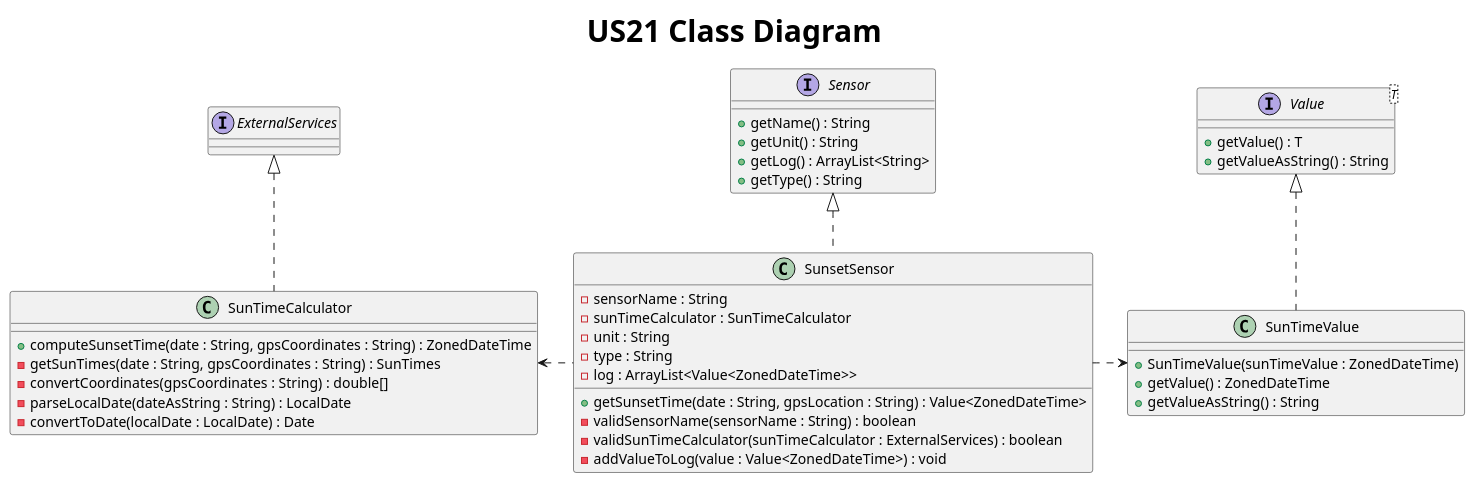
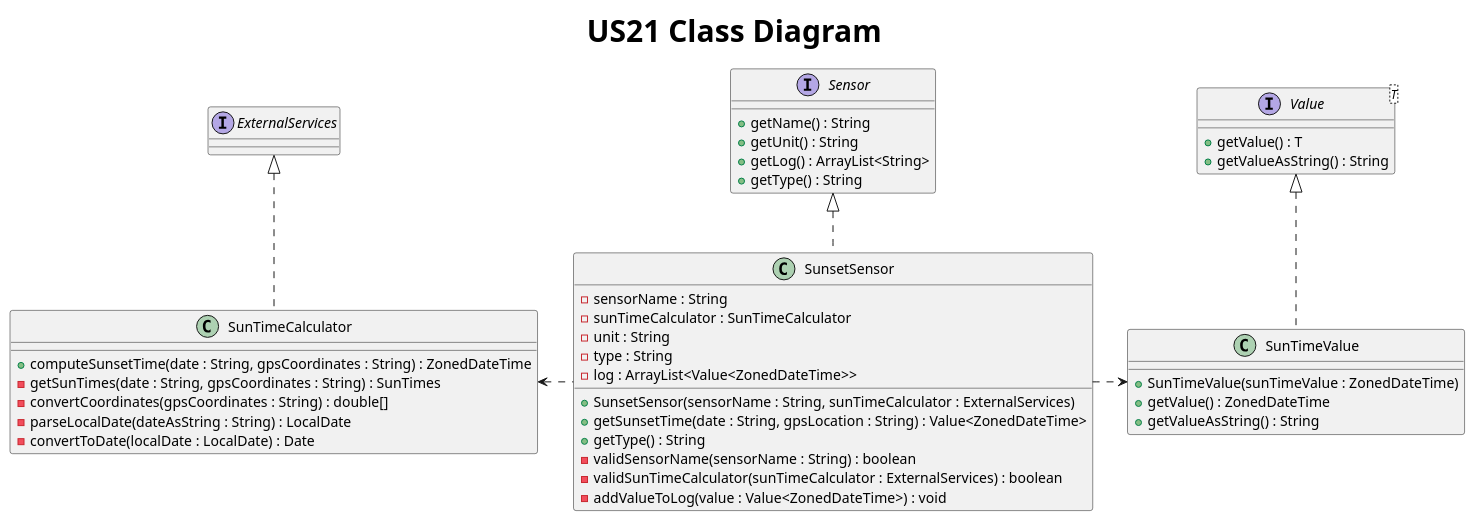
The diagram in Docs/US21/S3US21ClassDiagram.puml (AfonsoNeves77/smartHouse), drawn with PlantUML before and after one commit. The commit also changed 4 other files, not shown here.

Commit message:
Team review: added sensor constructor methods to sensor class diagrams US17-21

```diff
--- a/Docs/US21/S3US21ClassDiagram.puml
+++ b/Docs/US21/S3US21ClassDiagram.puml
@@ -1,55 +1,57 @@
 @startuml
 title <size: 30> US21 Class Diagram
 
 '...........REQUIRES VALIDATION !!!!!!!!!!!!'
 
 interface Sensor {
     + getName() : String
     + getUnit() : String
     + getLog() : ArrayList<String>
     + getType() : String
 }
 
 interface Value<T> {
     + getValue() : T
     + getValueAsString() : String
 }
 
 interface ExternalServices {
 
 }
 
 class SunsetSensor{
     - sensorName : String
     - sunTimeCalculator : SunTimeCalculator
     - unit : String
     - type : String
     - log : ArrayList<Value<ZonedDateTime>>
 
+    + SunsetSensor(sensorName : String, sunTimeCalculator : ExternalServices)
     + getSunsetTime(date : String, gpsLocation : String) : Value<ZonedDateTime>
+    + getType() : String
     - validSensorName(sensorName : String) : boolean
     - validSunTimeCalculator(sunTimeCalculator : ExternalServices) : boolean
     - addValueToLog(value : Value<ZonedDateTime>) : void
 }
 
 class SunTimeValue {
     + SunTimeValue(sunTimeValue : ZonedDateTime)
     + getValue() : ZonedDateTime
     + getValueAsString() : String
 }
 
 class SunTimeCalculator {
     + computeSunsetTime(date : String, gpsCoordinates : String) : ZonedDateTime
     - getSunTimes(date : String, gpsCoordinates : String) : SunTimes
     - convertCoordinates(gpsCoordinates : String) : double[]
     - parseLocalDate(dateAsString : String) : LocalDate
     - convertToDate(localDate : LocalDate) : Date
 }
 
 Value <|.. SunTimeValue
 Sensor <|.. SunsetSensor
 ExternalServices <|.. SunTimeCalculator
 SunsetSensor .left.> SunTimeCalculator
 SunsetSensor .right.> SunTimeValue
 
 @enduml
```
